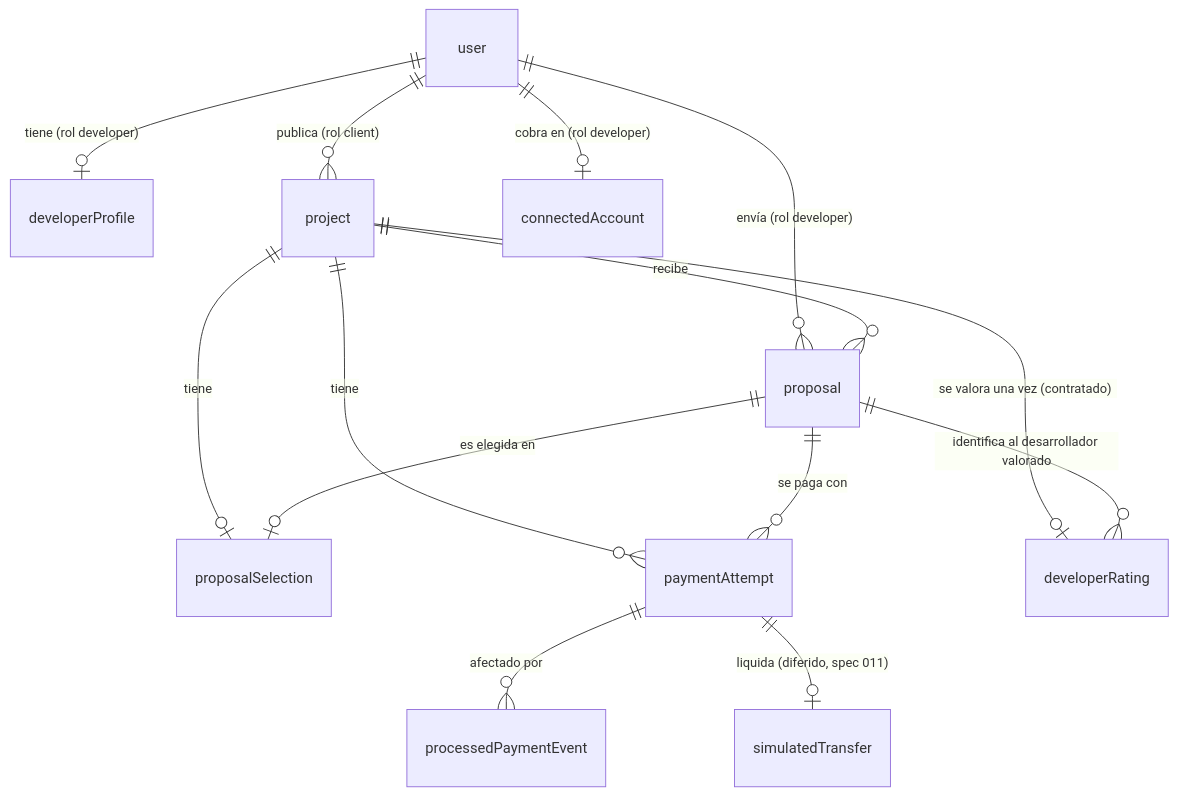
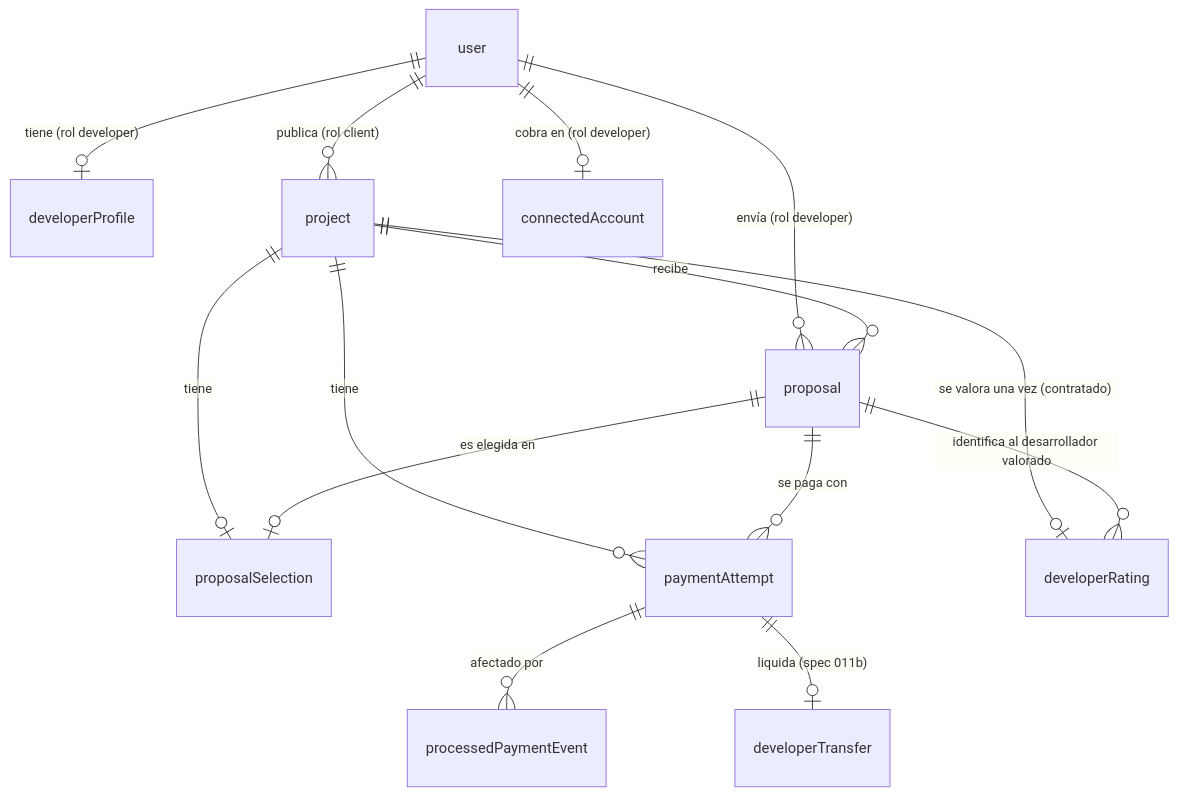
Before and after one commit to haroldmip89-sys/nexora-app: the diagram in docs/architecture/system-design.md, drawn with Mermaid. The commit also changed other lines of this file and 57 other files, not shown here.

First line of the commit message:
feat(payments): implement developer transfer management

````diff
--- a/docs/architecture/system-design.md
+++ b/docs/architecture/system-design.md
@@ -53,16 +53,16 @@
 ```mermaid
 erDiagram
     user ||--o| developerProfile : "tiene (rol developer)"
     user ||--o{ project : "publica (rol client)"
     user ||--o{ proposal : "envía (rol developer)"
     project ||--o{ proposal : "recibe"
     project ||--o| proposalSelection : "tiene"
     proposal ||--o| proposalSelection : "es elegida en"
     project ||--o{ paymentAttempt : "tiene"
     proposal ||--o{ paymentAttempt : "se paga con"
     paymentAttempt ||--o{ processedPaymentEvent : "afectado por"
-    paymentAttempt ||--o| simulatedTransfer : "liquida (diferido, spec 011)"
+    paymentAttempt ||--o| developerTransfer : "liquida (spec 011b)"
     user ||--o| connectedAccount : "cobra en (rol developer)"
     project ||--o| developerRating : "se valora una vez (contratado)"
     proposal ||--o{ developerRating : "identifica al desarrollador valorado"
 ```
````
